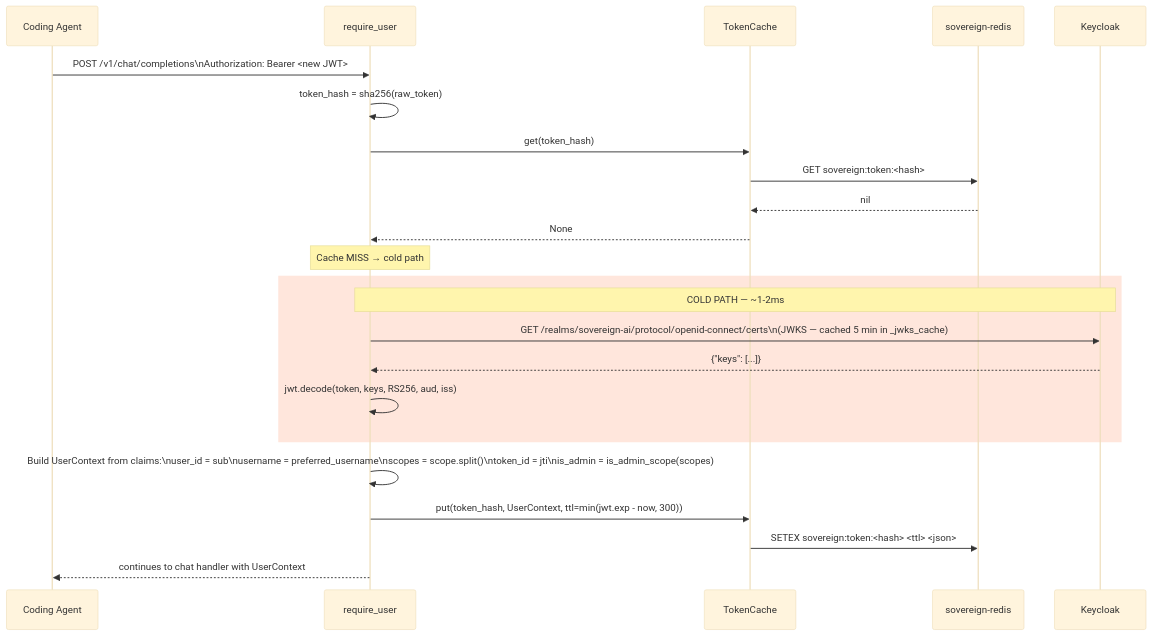
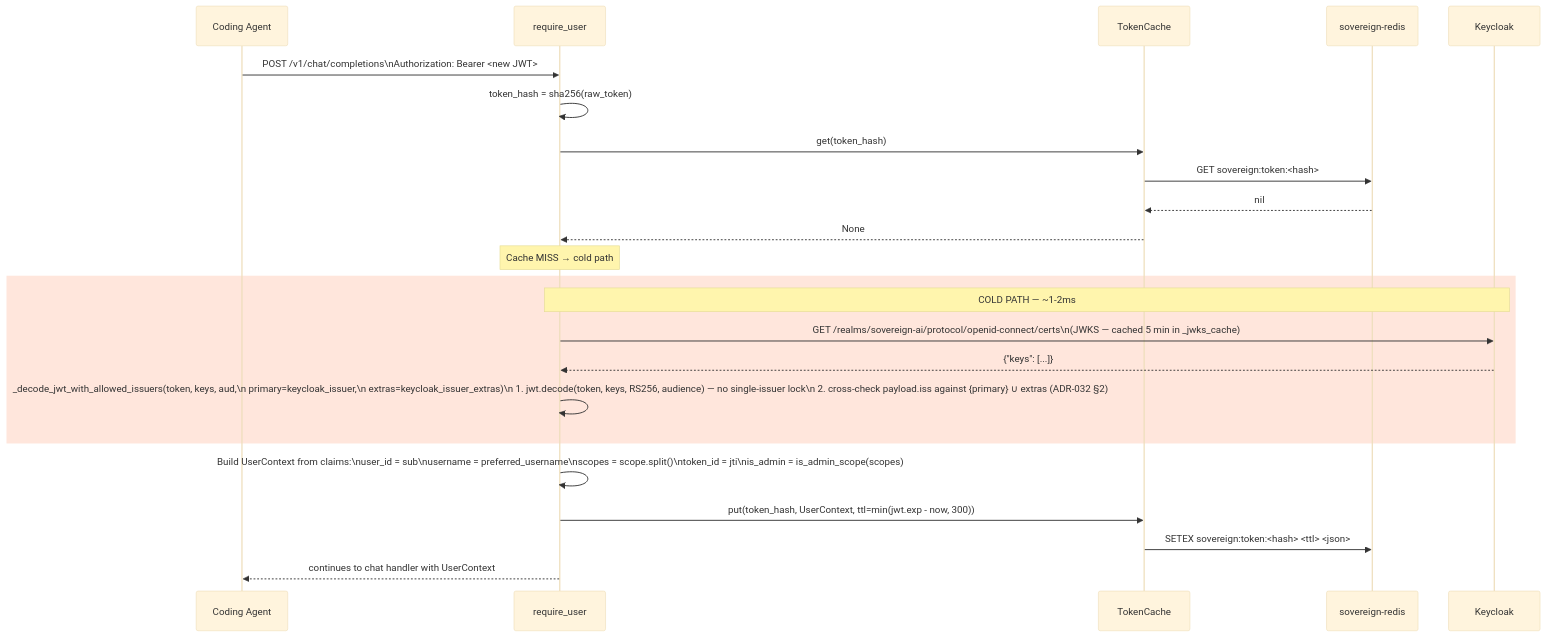
One commit to lfdesousa/AuditTrace-AI changed the fifth of 7 diagrams in docs/architecture/sequence-oauth2-flow.md. Above: the diagram before and after it, drawn with Mermaid (base theme). The commit also changed other lines of this file and 4 other files, not shown here.

````diff
--- a/docs/architecture/sequence-oauth2-flow.md
+++ b/docs/architecture/sequence-oauth2-flow.md
@@ -106,33 +164,33 @@
 ```mermaid
 sequenceDiagram
     participant Agent as Coding Agent
     participant Auth as require_user
     participant Cache as TokenCache
     participant Redis as sovereign-redis
     participant KC as Keycloak
 
     Agent->>Auth: POST /v1/chat/completions\nAuthorization: Bearer <new JWT>
 
     Auth->>Auth: token_hash = sha256(raw_token)
 
     Auth->>Cache: get(token_hash)
     Cache->>Redis: GET sovereign:token:<hash>
     Redis-->>Cache: nil
     Cache-->>Auth: None
 
     Note over Auth: Cache MISS → cold path
 
     rect rgb(255, 230, 220)
         Note over Auth,KC: COLD PATH — ~1-2ms
         Auth->>KC: GET /realms/sovereign-ai/protocol/openid-connect/certs\n(JWKS — cached 5 min in _jwks_cache)
         KC-->>Auth: {"keys": [...]}
-        Auth->>Auth: jwt.decode(token, keys, RS256, aud, iss)
+        Auth->>Auth: _decode_jwt_with_allowed_issuers(token, keys, aud,\n  primary=keycloak_issuer,\n  extras=keycloak_issuer_extras)\n  1. jwt.decode(token, keys, RS256, audience) — no single-issuer lock\n  2. cross-check payload.iss against {primary} ∪ extras (ADR-032 §2)
     end
 
     Auth->>Auth: Build UserContext from claims:\nuser_id = sub\nusername = preferred_username\nscopes = scope.split()\ntoken_id = jti\nis_admin = is_admin_scope(scopes)
 
     Auth->>Cache: put(token_hash, UserContext, ttl=min(jwt.exp - now, 300))
     Cache->>Redis: SETEX sovereign:token:<hash> <ttl> <json>
 
     Auth-->>Agent: continues to chat handler with UserContext
 ```
````
